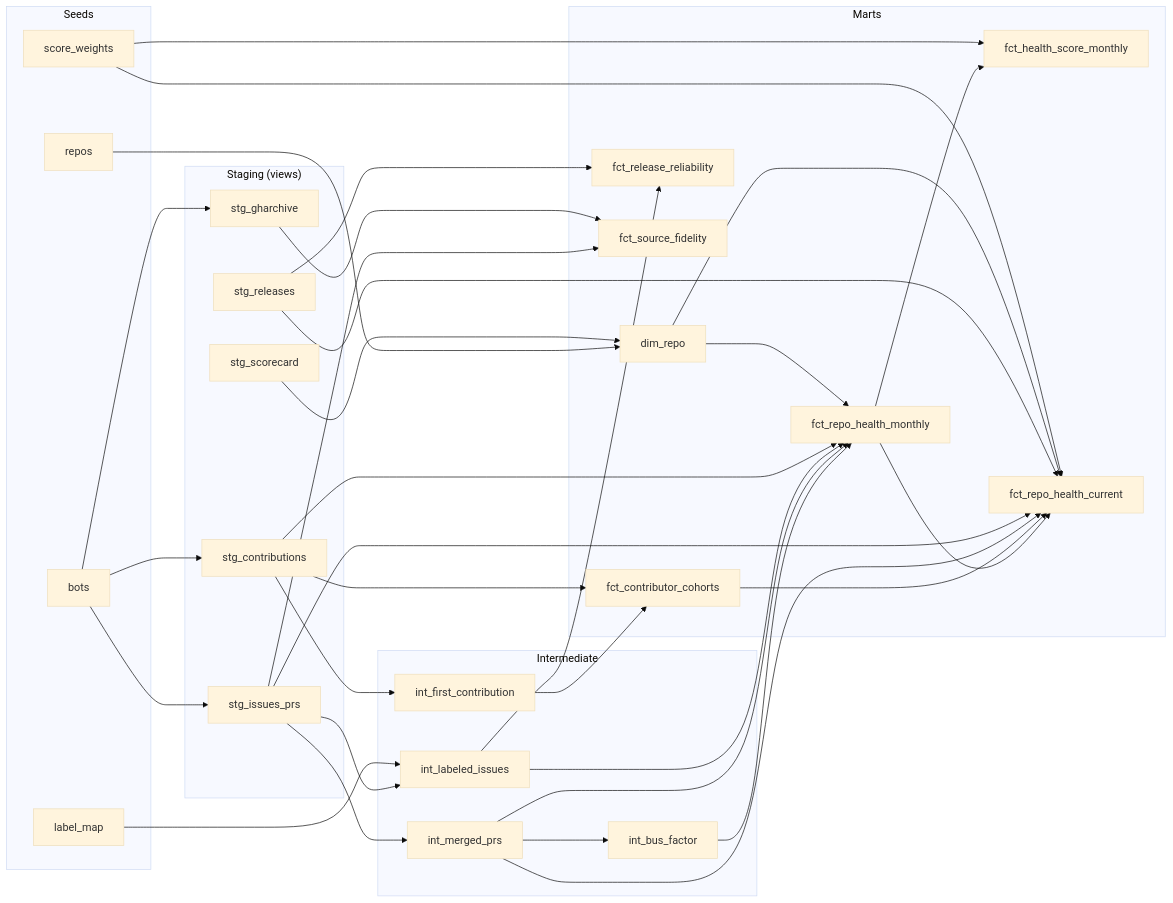
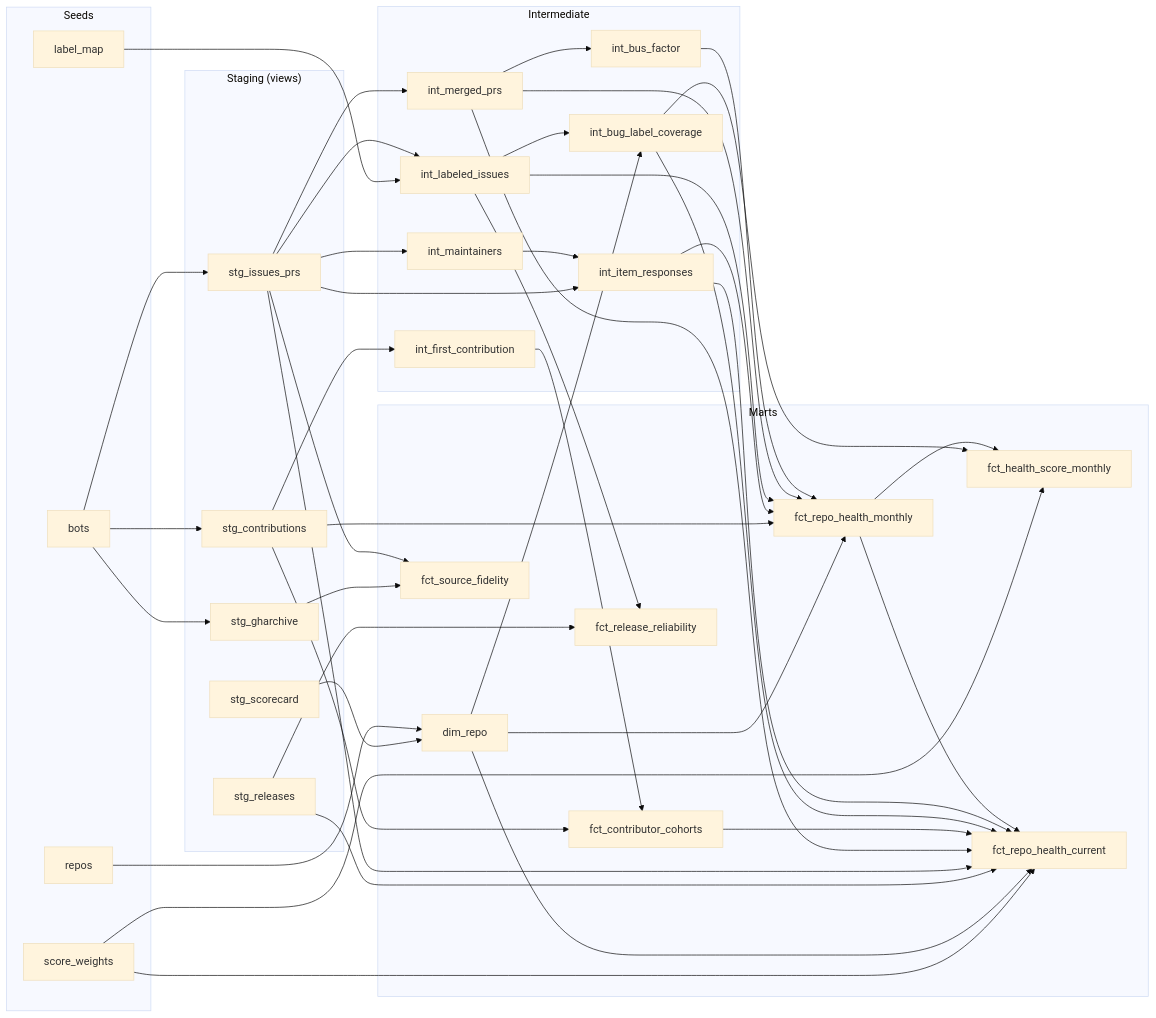
Before and after one commit to Ubed23/oss-ecosystem-intelligence: the second of 4 diagrams in README.md, drawn with Mermaid (base theme). The commit also changed other lines of this file and 34 other files, not shown here.

Commit message:
Add maintainer identification, open-issues pull, bug-label coverage rule, cohort and snapshot fixes; more tests

````diff
--- a/README.md
+++ b/README.md
@@ -118,68 +120,79 @@
 ```mermaid
 flowchart LR
     subgraph SEEDS["Seeds"]
         repos["repos"]
         bots["bots"]
         label_map["label_map"]
         score_weights["score_weights"]
     end
 
     subgraph STG["Staging (views)"]
         s1["stg_issues_prs"]
         s2["stg_contributions"]
         s3["stg_releases"]
         s4["stg_scorecard"]
         s5["stg_gharchive"]
     end
 
     subgraph INT["Intermediate"]
         i1["int_merged_prs"]
         i2["int_bus_factor"]
         i3["int_labeled_issues"]
         i4["int_first_contribution"]
+        i5["int_maintainers"]
+        i6["int_item_responses"]
+        i7["int_bug_label_coverage"]
     end
 
     subgraph MARTS["Marts"]
         dim["dim_repo"]
         m1["fct_repo_health_monthly"]
         m2["fct_health_score_monthly"]
         m3["fct_repo_health_current"]
         m4["fct_contributor_cohorts"]
         m5["fct_release_reliability"]
         m6["fct_source_fidelity"]
     end
 
     bots --> s1 & s2 & s5
     s1 --> i1 --> i2
     s1 --> i3
     label_map --> i3
     s2 --> i4
+    s1 --> i5 --> i6
+    s1 --> i6
+    i3 --> i7
+    dim --> i7
     repos --> dim
     s4 --> dim
 
     i2 --> m1
     i1 --> m1
     i3 --> m1
+    i6 --> m1
     s2 --> m1
     dim --> m1
 
     m1 --> m2
+    i7 --> m2
     score_weights --> m2
 
     i4 --> m4
     s2 --> m4
 
     i3 --> m5
     s3 --> m5
 
     s1 --> m6
     s5 --> m6
 
     m1 --> m3
+    i6 --> m3
+    i7 --> m3
     m4 --> m3
     i1 --> m3
     s1 --> m3
     s3 --> m3
     dim --> m3
     score_weights --> m3
 ```
````
